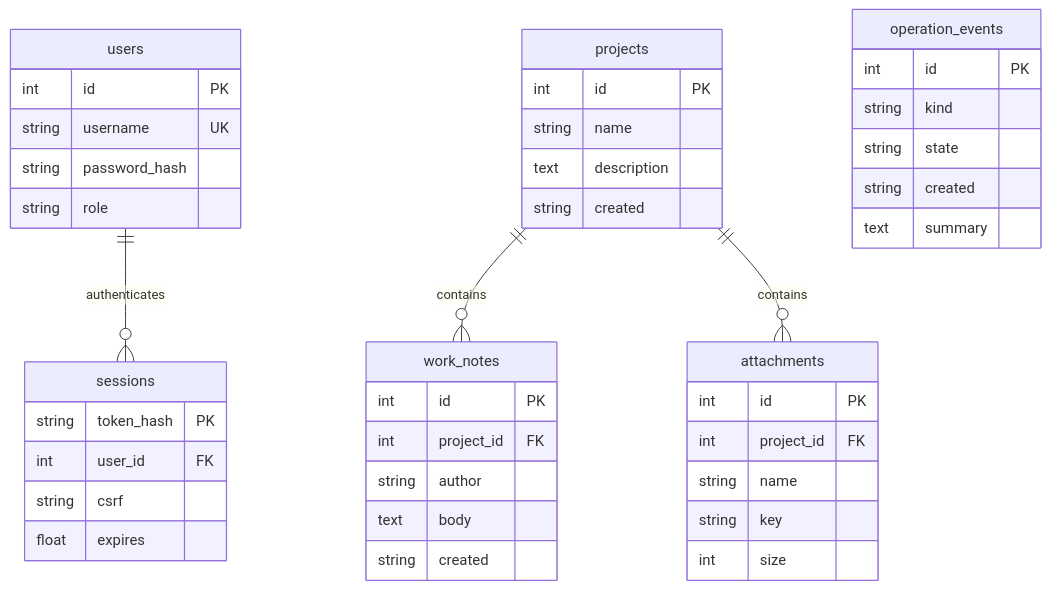
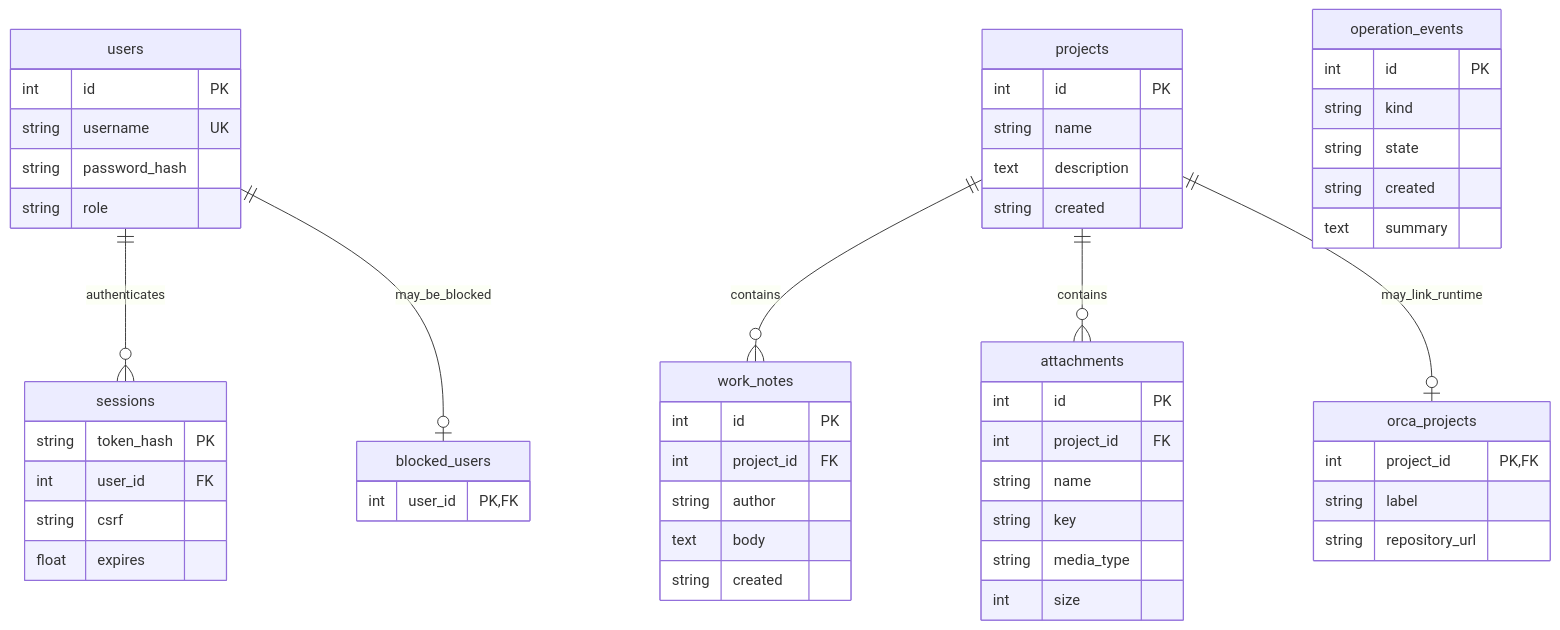
One commit to kosmos-s/aws-teamproject changed the diagram in docs/data-model.md. Above: the diagram before and after it, drawn with Mermaid. The commit also changed 14 other files, not shown here.

````diff
--- a/docs/data-model.md
+++ b/docs/data-model.md
@@ -3,45 +3,56 @@
 ```mermaid
 erDiagram
     users ||--o{ sessions : authenticates
+    users ||--o| blocked_users : may_be_blocked
     projects ||--o{ work_notes : contains
     projects ||--o{ attachments : contains
+    projects ||--o| orca_projects : may_link_runtime
     users {
         int id PK
         string username UK
         string password_hash
         string role
     }
     sessions {
         string token_hash PK
         int user_id FK
         string csrf
         float expires
+    }
+    blocked_users {
+        int user_id PK, FK
     }
     projects {
         int id PK
         string name
         text description
         string created
     }
     work_notes {
         int id PK
         int project_id FK
         string author
         text body
         string created
     }
+    orca_projects {
+        int project_id PK, FK
+        string label
+        string repository_url
+    }
     attachments {
         int id PK
         int project_id FK
         string name
         string key
+        string media_type
         int size
     }
     operation_events {
         int id PK
         string kind
         string state
         string created
         text summary
     }
 ```
````
